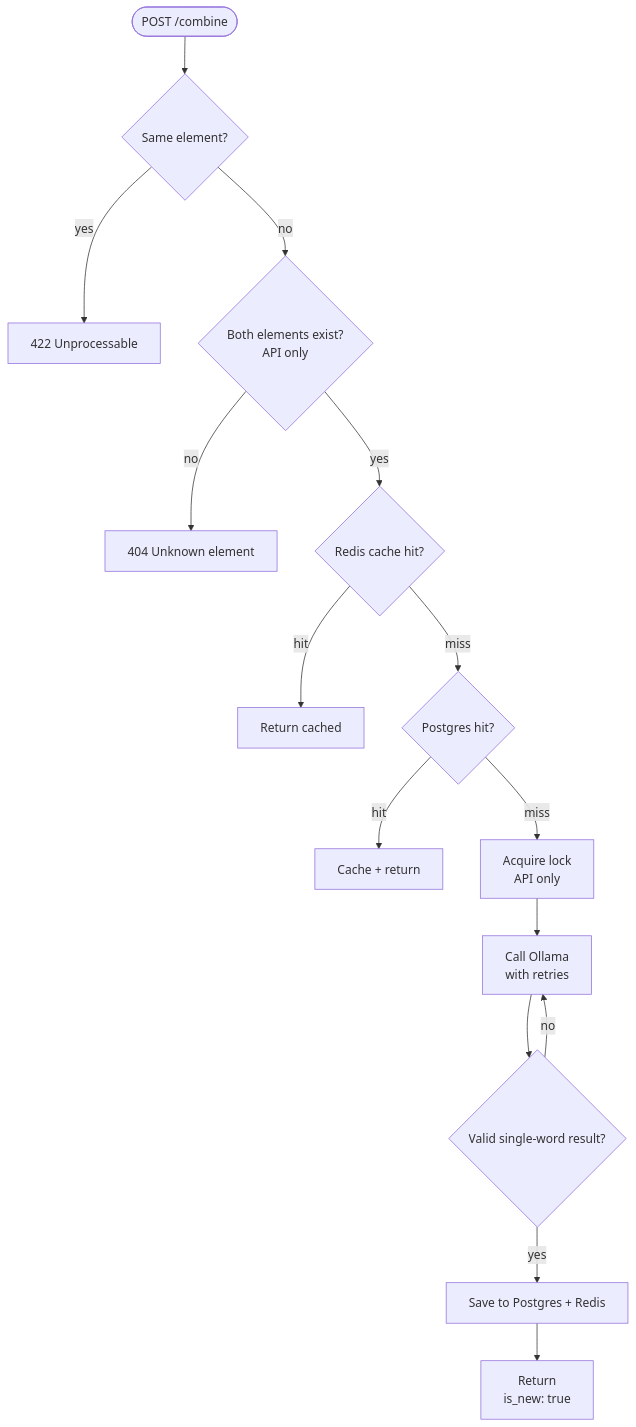
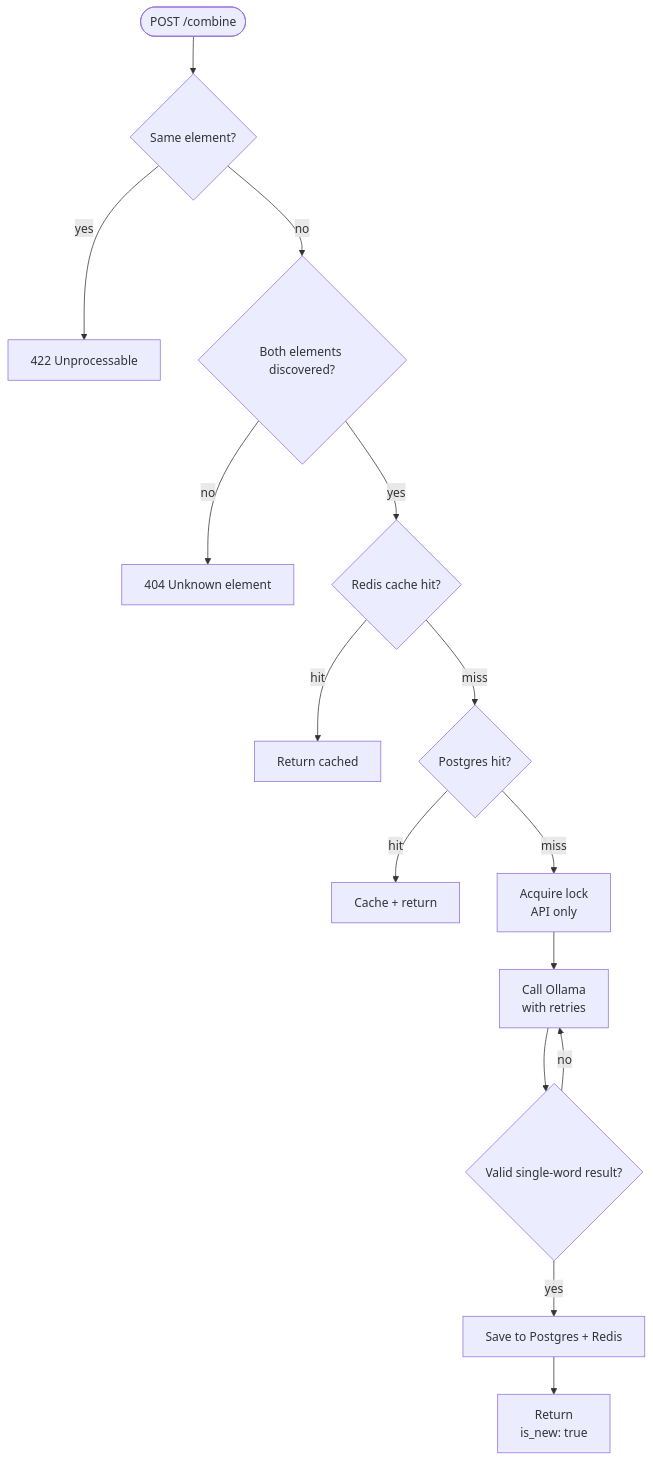
One commit to KarthikUdyawar/alchemy-crafter changed the second of 4 diagrams in README.md. Above: the diagram before and after it, drawn with Mermaid. The commit also changed 5 other files, not shown here.

Commit message:
refactor: let combine own the discovered check in the API route

````diff
--- a/README.md
+++ b/README.md
@@ -57,17 +57,17 @@
 ```mermaid
 flowchart TD
     A([POST /combine]) --> B{Same element?}
     B -->|yes| C[422 Unprocessable]
-    B -->|no| D{Both elements exist?<br/>API only}
+    B -->|no| D{Both elements discovered?}
     D -->|no| E[404 Unknown element]
     D -->|yes| F{Redis cache hit?}
     F -->|hit| G[Return cached]
     F -->|miss| H{Postgres hit?}
     H -->|hit| I[Cache + return]
     H -->|miss| J[Acquire lock<br/>API only]
     J --> K[Call Ollama\nwith retries]
     K --> L{Valid single-word result?}
     L -->|no| K
     L -->|yes| M[Save to Postgres + Redis]
     M --> N[Return\nis_new: true]
 ```
````
